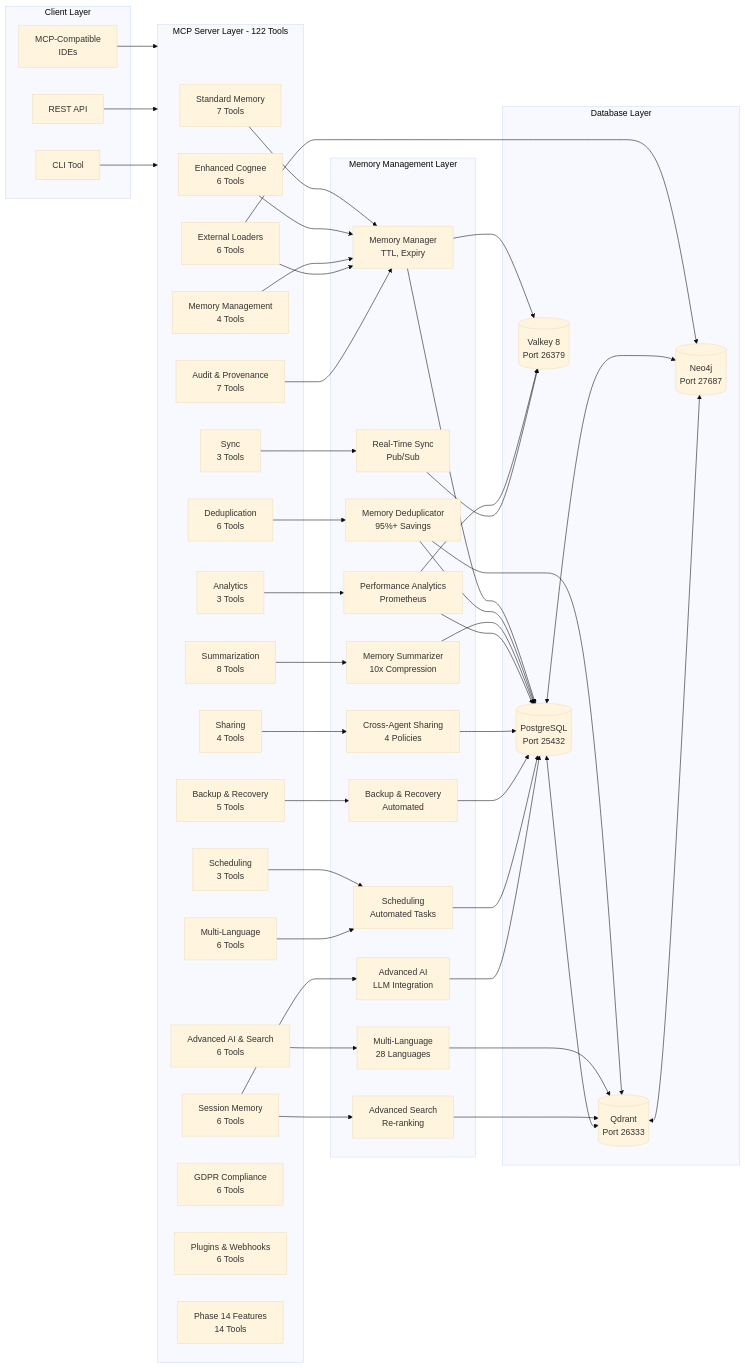
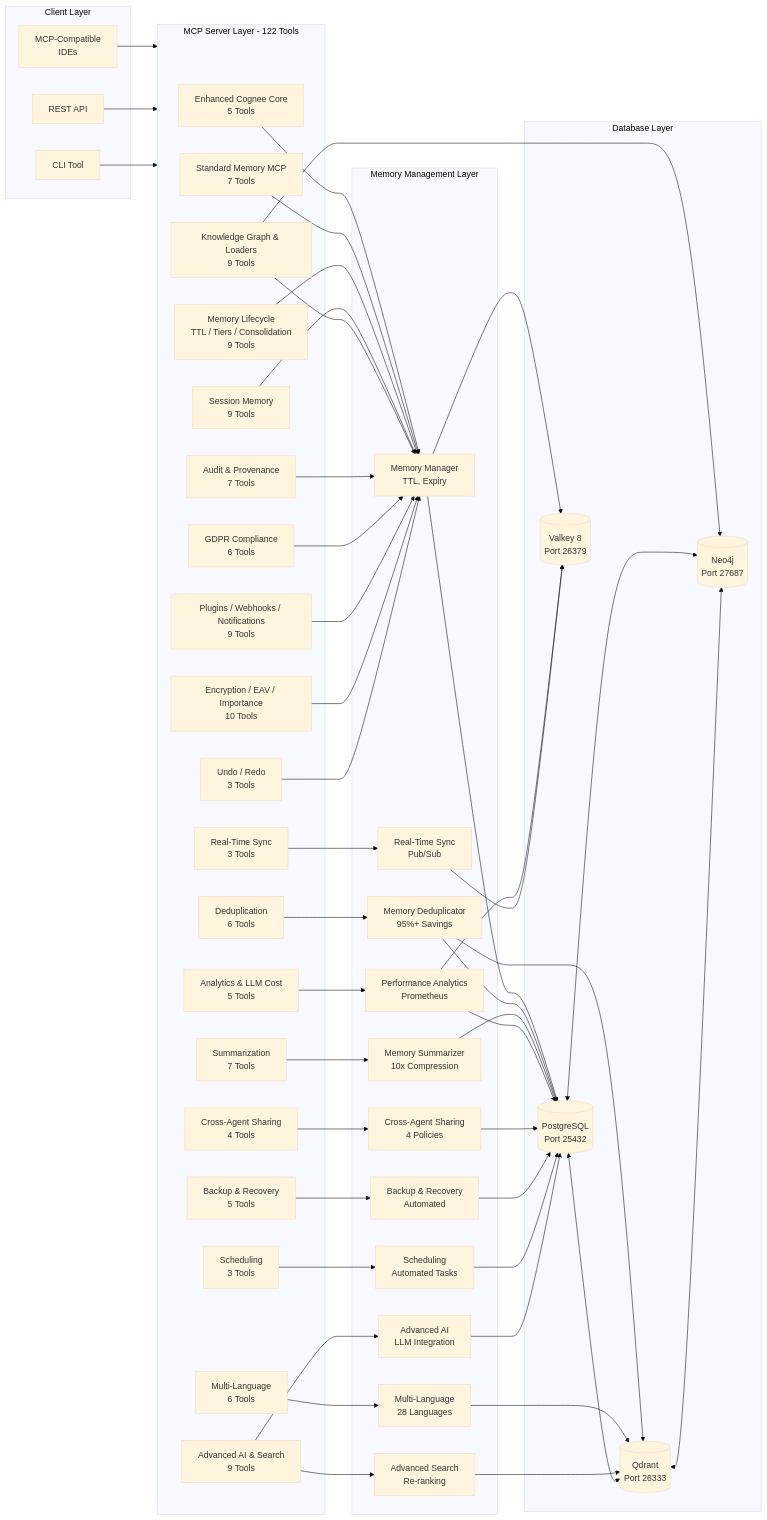
One commit to vincentspereira/Enhanced-Cognee changed the first of 4 diagrams in README.md. Above: the diagram before and after it, drawn with Mermaid (base theme). The commit also changed other lines of this file and 1 other file, not shown here.

```diff
--- a/README.md
+++ b/README.md
@@ -748,24 +738,25 @@
     end
 
     subgraph MCP["MCP Server Layer - 122 Tools"]
-        MCP1[Standard Memory<br/>7 Tools]
-        MCP2[Enhanced Cognee<br/>6 Tools]
-        MCP3[Memory Management<br/>4 Tools]
+        MCP1[Enhanced Cognee Core<br/>5 Tools]
+        MCP2[Standard Memory MCP<br/>7 Tools]
+        MCP3[Memory Lifecycle<br/>TTL / Tiers / Consolidation<br/>9 Tools]
         MCP4[Deduplication<br/>6 Tools]
-        MCP5[Summarization<br/>8 Tools]
-        MCP6[Analytics<br/>3 Tools]
-        MCP7[Sharing<br/>4 Tools]
-        MCP8[Sync<br/>3 Tools]
+        MCP5[Summarization<br/>7 Tools]
+        MCP6[Analytics & LLM Cost<br/>5 Tools]
+        MCP7[Cross-Agent Sharing<br/>4 Tools]
+        MCP8[Real-Time Sync<br/>3 Tools]
         MCP9[Backup & Recovery<br/>5 Tools]
         MCP10[Scheduling<br/>3 Tools]
         MCP11[Multi-Language<br/>6 Tools]
-        MCP12[Advanced AI & Search<br/>6 Tools]
-        MCP13[Session Memory<br/>6 Tools]
-        MCP14[External Loaders<br/>6 Tools]
+        MCP12[Advanced AI & Search<br/>9 Tools]
+        MCP13[Session Memory<br/>9 Tools]
+        MCP14[Knowledge Graph & Loaders<br/>9 Tools]
         MCP15[Audit & Provenance<br/>7 Tools]
         MCP16[GDPR Compliance<br/>6 Tools]
-        MCP17[Plugins & Webhooks<br/>6 Tools]
-        MCP18[Phase 14 Features<br/>14 Tools]
+        MCP17[Plugins / Webhooks / Notifications<br/>9 Tools]
+        MCP18[Encryption / EAV / Importance<br/>10 Tools]
+        MCP19[Undo / Redo<br/>3 Tools]
     end
 
     subgraph Memory["Memory Management Layer"]
@@ -803,13 +794,17 @@
     MCP8 --> RTS
     MCP9 --> BR
     MCP10 --> SC
-    MCP11 --> SC
-    MCP12 --> ML
-    MCP13 --> AI
-    MCP13 --> AS
+    MCP11 --> ML
+    MCP12 --> AI
+    MCP12 --> AS
+    MCP13 --> MM
     MCP14 --> MM
     MCP14 --> N4
     MCP15 --> MM
+    MCP16 --> MM
+    MCP17 --> MM
+    MCP18 --> MM
+    MCP19 --> MM
 
     MM --> PG
     MM --> RD
```
